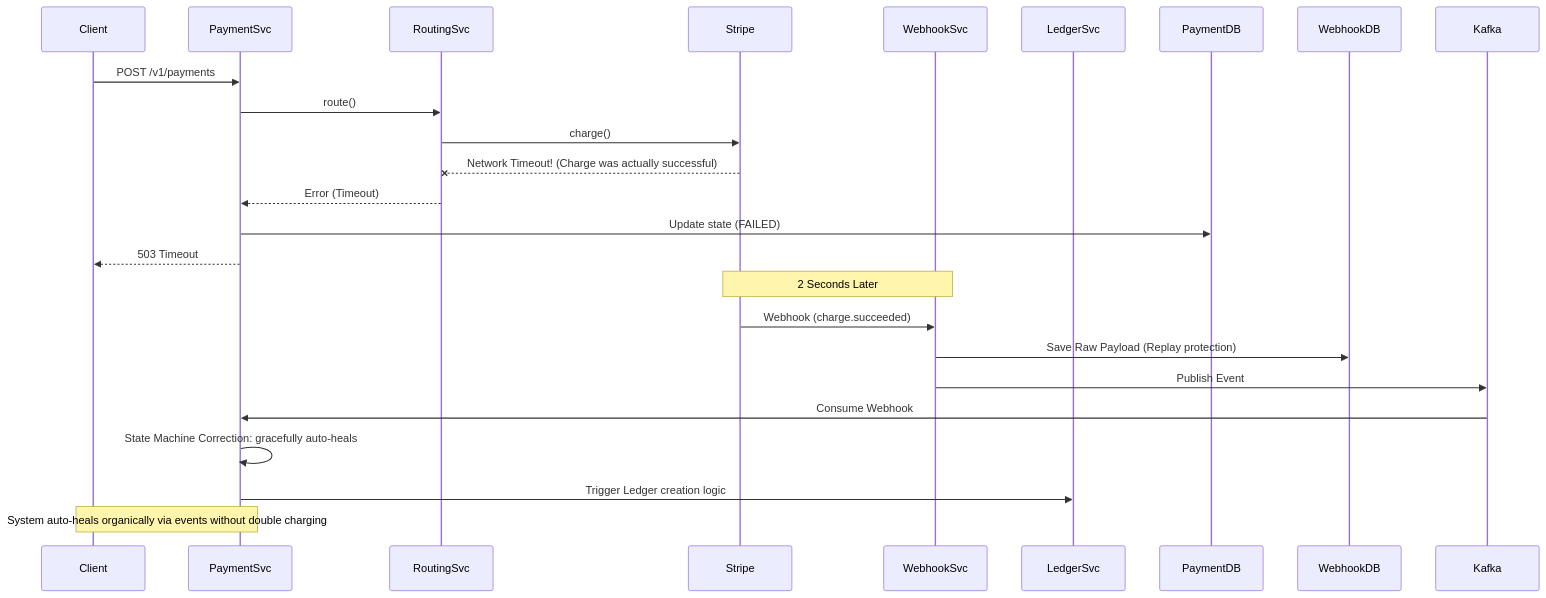
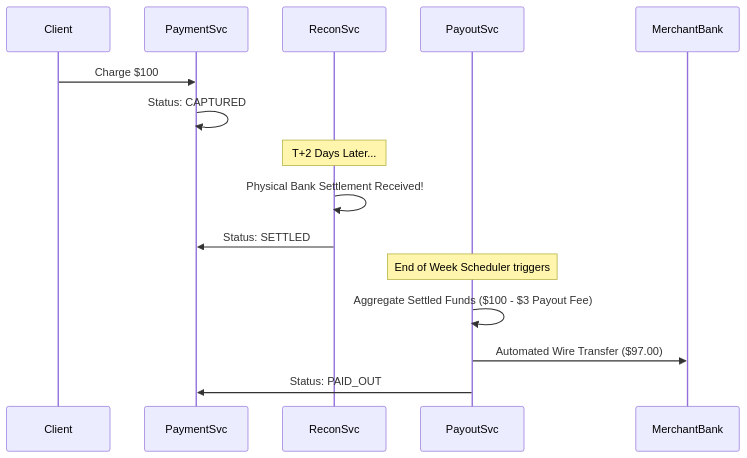
One commit to utm-git/payment-orchestration-system changed the second of 3 diagrams in SYSTEM_DESIGN.md. Above: the diagram before and after it, drawn with Mermaid. The commit also changed other lines of this file, not shown here.

Commit message:
Docs: Phase 3 Global-Scale Architecture updates

````diff
--- a/SYSTEM_DESIGN.md
+++ b/SYSTEM_DESIGN.md
@@ -138,26 +35,18 @@
 ```mermaid
 sequenceDiagram
     participant Client
     participant PaymentSvc
-    participant RoutingSvc
-    participant Stripe
-    participant WebhookSvc
-    participant LedgerSvc
+    participant ReconSvc
+    participant PayoutSvc
+    participant MerchantBank
 
-    Client->>PaymentSvc: POST /v1/payments
-    PaymentSvc->>RoutingSvc: route()
-    RoutingSvc->>Stripe: charge()
-    Stripe--xRoutingSvc: Network Timeout! (Charge was actually successful)
-    RoutingSvc-->>PaymentSvc: Error (Timeout)
-    PaymentSvc->>PaymentDB: Update state (FAILED)
-    PaymentSvc-->>Client: 503 Timeout
-    
-    Note over WebhookSvc, Stripe: 2 Seconds Later
-    Stripe->>WebhookSvc: Webhook (charge.succeeded)
-    WebhookSvc->>WebhookDB: Save Raw Payload (Replay protection)
-    WebhookSvc->>Kafka: Publish Event
-    Kafka->>PaymentSvc: Consume Webhook
-    PaymentSvc->>PaymentSvc: State Machine Correction: gracefully auto-heals
-    PaymentSvc->>LedgerSvc: Trigger Ledger creation logic
-    Note over PaymentSvc, Client: System auto-heals organically via events without double charging
+    Client->>PaymentSvc: Charge $100
+    PaymentSvc->>PaymentSvc: Status: CAPTURED
+    Note over ReconSvc: T+2 Days Later...
+    ReconSvc->>ReconSvc: Physical Bank Settlement Received!
+    ReconSvc->>PaymentSvc: Status: SETTLED
+    Note over PayoutSvc: End of Week Scheduler triggers
+    PayoutSvc->>PayoutSvc: Aggregate Settled Funds ($100 - $3 Payout Fee)
+    PayoutSvc->>MerchantBank: Automated Wire Transfer ($97.00)
+    PayoutSvc->>PaymentSvc: Status: PAID_OUT
 ```
````
